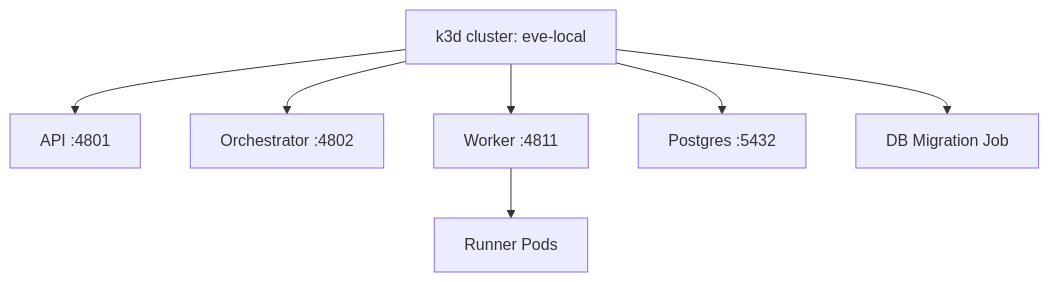
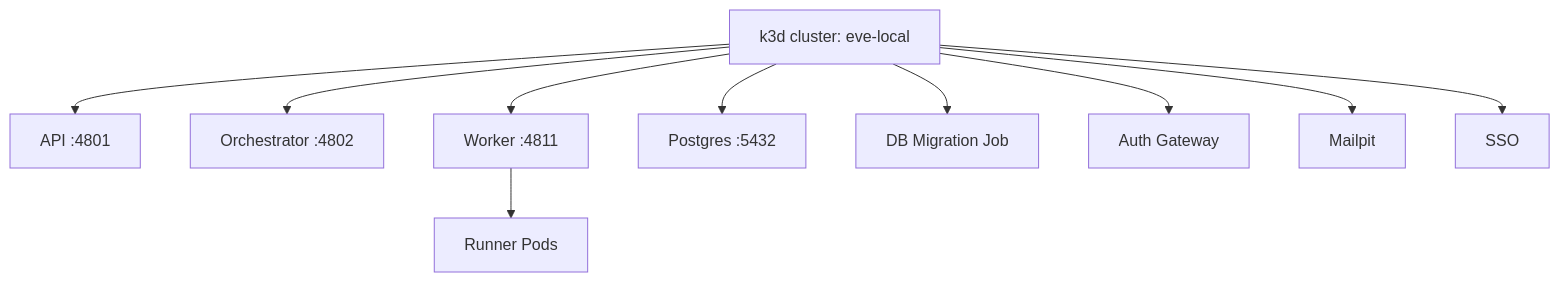
One commit to eve-horizon/eve-horizon-docs changed the diagram in website/docs/guides/local-development.md. Above: the diagram before and after it, drawn with Mermaid. The commit also changed other lines of this file and 37 other files, not shown here.

````diff
--- a/website/docs/guides/local-development.md
+++ b/website/docs/guides/local-development.md
@@ -97,9 +99,12 @@
 ```mermaid
 graph TD
     A[k3d cluster: eve-local] --> B[API :4801]
     A --> C[Orchestrator :4802]
     A --> D[Worker :4811]
     A --> E[Postgres :5432]
     A --> F[DB Migration Job]
-    D --> G[Runner Pods]
+    A --> G[Auth Gateway]
+    A --> H[Mailpit]
+    A --> I[SSO]
+    D --> J[Runner Pods]
 ```
````
